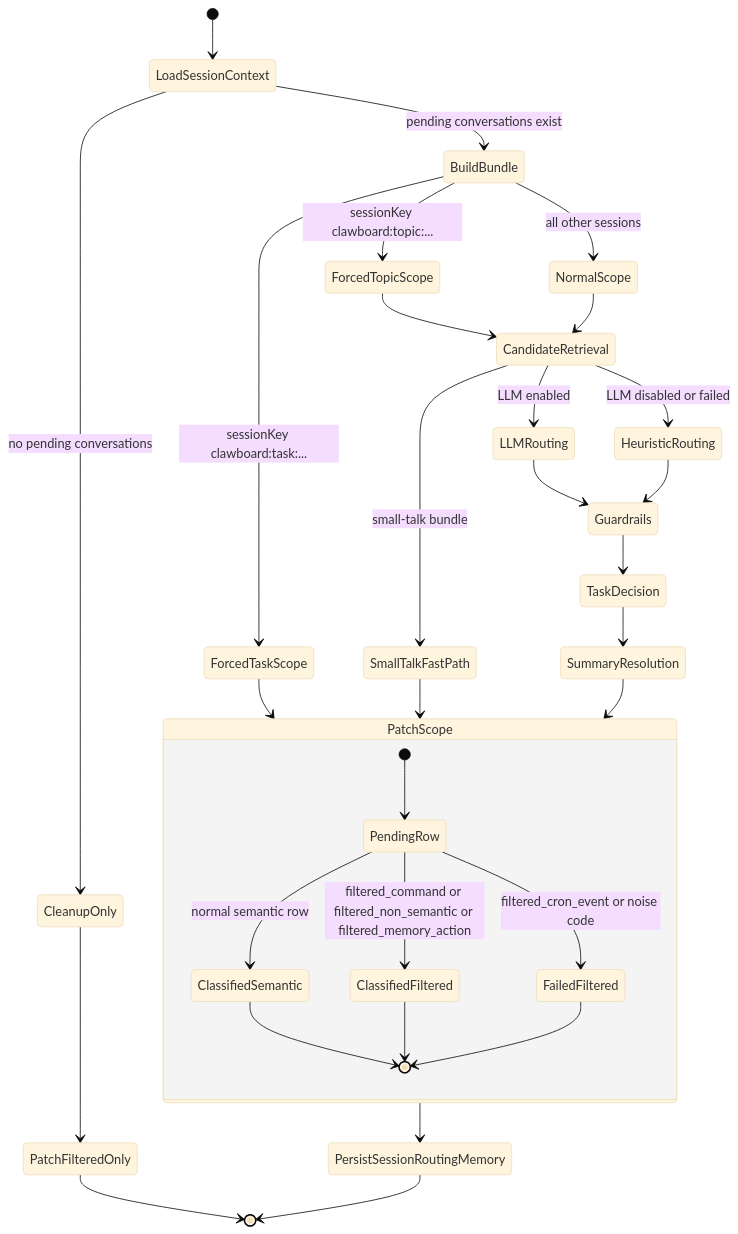
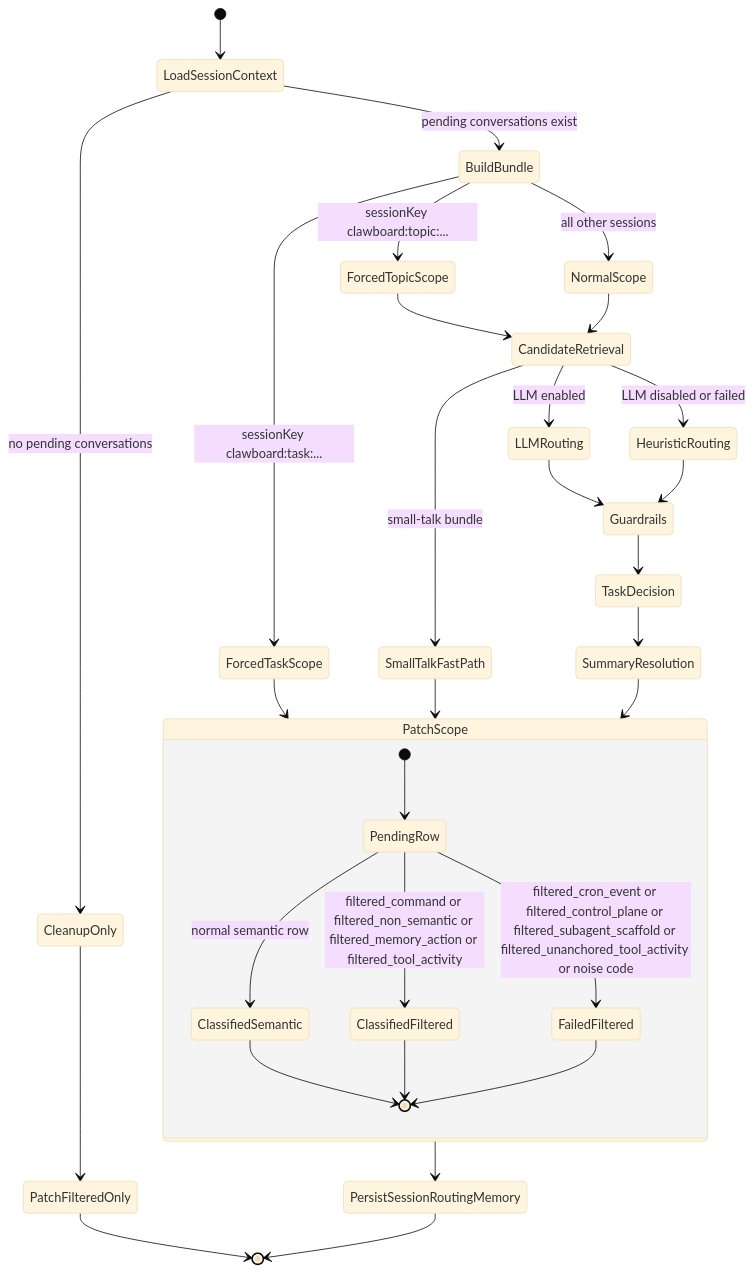
Before and after one commit to sirouk/clawboard: the fifth of 6 diagrams in OPENCLAW_CLAWBOARD_UML.md, drawn with Mermaid (base theme). The commit also changed other lines of this file and 16 other files, not shown here.

````diff
--- a/OPENCLAW_CLAWBOARD_UML.md
+++ b/OPENCLAW_CLAWBOARD_UML.md
@@ -245,41 +248,41 @@
 ```mermaid
 stateDiagram-v2
     [*] --> LoadSessionContext
     LoadSessionContext --> CleanupOnly : no pending conversations
     LoadSessionContext --> BuildBundle : pending conversations exist
 
     CleanupOnly --> PatchFilteredOnly
     PatchFilteredOnly --> [*]
 
     BuildBundle --> ForcedTaskScope : sessionKey clawboard:task:...
     BuildBundle --> ForcedTopicScope : sessionKey clawboard:topic:...
     BuildBundle --> NormalScope : all other sessions
 
     ForcedTaskScope --> PatchScope
     ForcedTopicScope --> CandidateRetrieval
     NormalScope --> CandidateRetrieval
 
     CandidateRetrieval --> SmallTalkFastPath : small-talk bundle
     SmallTalkFastPath --> PatchScope
 
     CandidateRetrieval --> LLMRouting : LLM enabled
     CandidateRetrieval --> HeuristicRouting : LLM disabled or failed
     LLMRouting --> Guardrails
     HeuristicRouting --> Guardrails
 
     Guardrails --> TaskDecision
     TaskDecision --> SummaryResolution
     SummaryResolution --> PatchScope
     PatchScope --> PersistSessionRoutingMemory
     PersistSessionRoutingMemory --> [*]
 
     state PatchScope {
       [*] --> PendingRow
       PendingRow --> ClassifiedSemantic : normal semantic row
-      PendingRow --> ClassifiedFiltered : filtered_command or filtered_non_semantic or filtered_memory_action
-      PendingRow --> FailedFiltered : filtered_cron_event or noise code
+      PendingRow --> ClassifiedFiltered : filtered_command or filtered_non_semantic or filtered_memory_action or filtered_tool_activity
+      PendingRow --> FailedFiltered : filtered_cron_event or filtered_control_plane or filtered_subagent_scaffold or filtered_unanchored_tool_activity or noise code
       ClassifiedSemantic --> [*]
       ClassifiedFiltered --> [*]
       FailedFiltered --> [*]
     }
 ```
````
